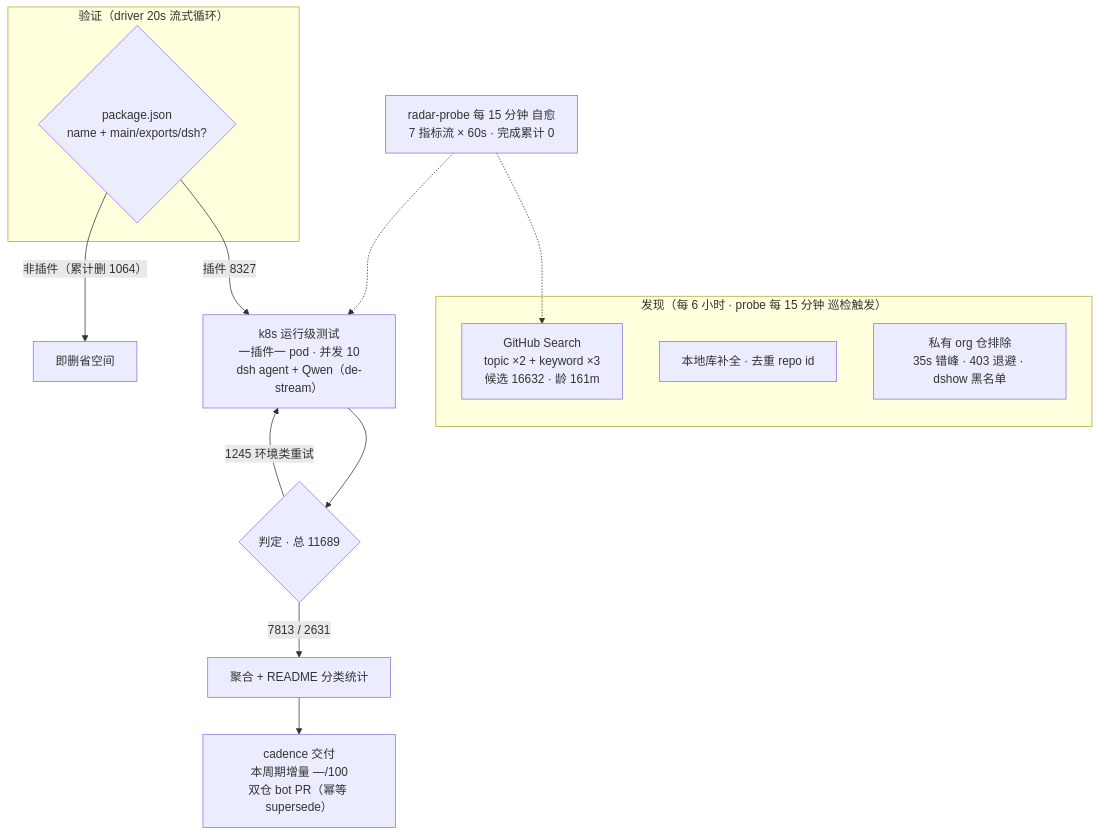
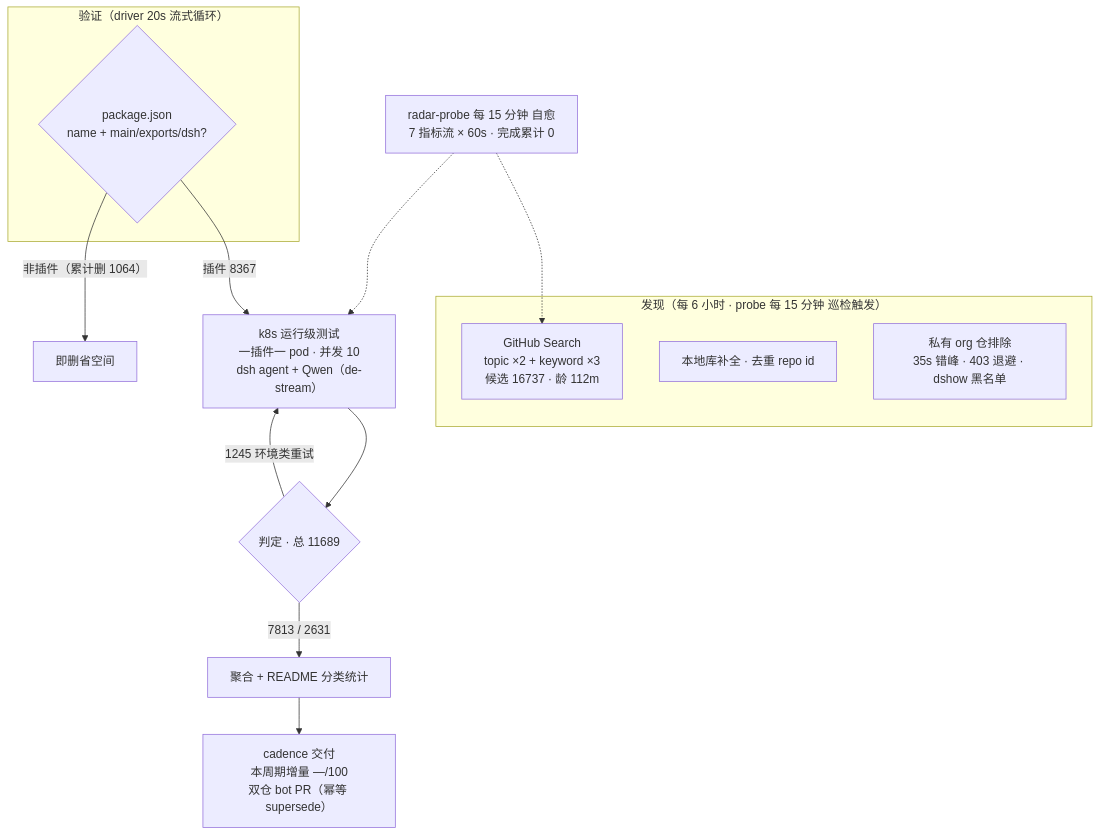
The diagram in README.md (Zhidao-Lab-OSS/awesome-dsh-plugins), drawn with Mermaid before and after one commit. The commit also changed other lines of this file and 1 other file, not shown here.

````diff
--- a/README.md
+++ b/README.md
@@ -52,20 +52,20 @@
 ```mermaid
 flowchart TB
     subgraph Discovery["发现（每 6 小时 · probe 每 15 分钟 巡检触发）"]
-        A1["GitHub Search<br/>topic ×2 + keyword ×3<br/>候选 16632 · 龄 161m"]
+        A1["GitHub Search<br/>topic ×2 + keyword ×3<br/>候选 16737 · 龄 112m"]
         A2["本地库补全 · 去重 repo id"]
         A3["私有 org 仓排除<br/>35s 错峰 · 403 退避 · dshow 黑名单"]
     end
     subgraph Validation["验证（driver 20s 流式循环）"]
         B1{"package.json<br/>name + main/exports/dsh?"}
     end
-    B1 -->|"插件 8327"| C1["k8s 运行级测试<br/>一插件一 pod · 并发 10<br/>dsh agent + Qwen（de-stream）"]
+    B1 -->|"插件 8367"| C1["k8s 运行级测试<br/>一插件一 pod · 并发 10<br/>dsh agent + Qwen（de-stream）"]
     B1 -->|"非插件（累计删 1064）"| B3["即删省空间"]
     C1 --> D1{"判定 · 总 11689"}
     D1 -->|"7813 / 2631"| E1["聚合 + README 分类统计"]
     D1 -->|"1245 环境类重试"| C1
     E1 --> E2["cadence 交付<br/>本周期增量 —/100<br/>双仓 bot PR（幂等 supersede）"]
     M["radar-probe 每 15 分钟 自愈<br/>7 指标流 × 60s · 完成累计 0"]
     M -.-> A1
     M -.-> C1
 ```
````
